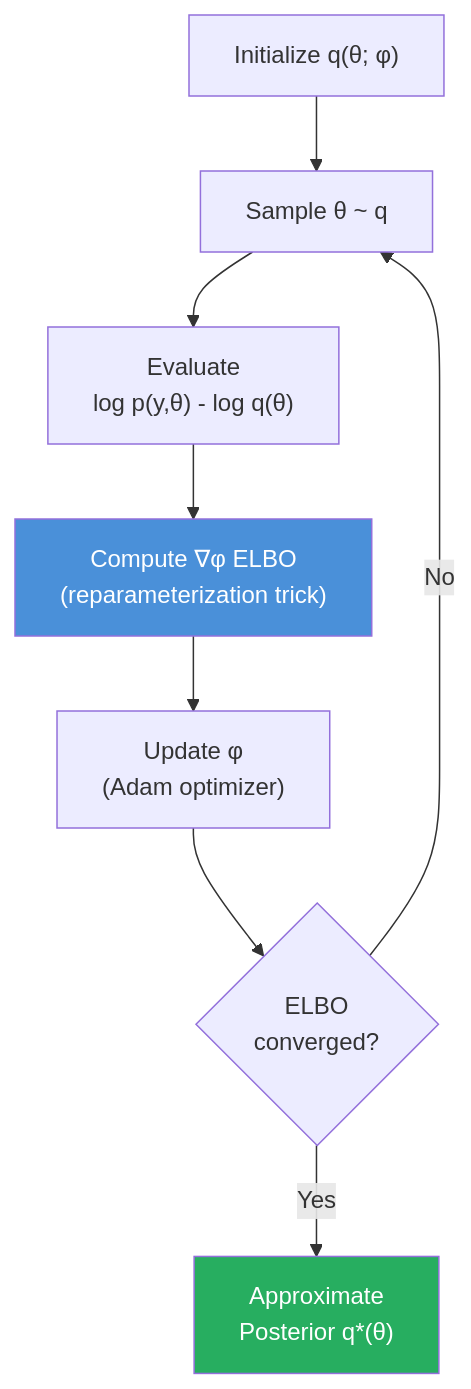
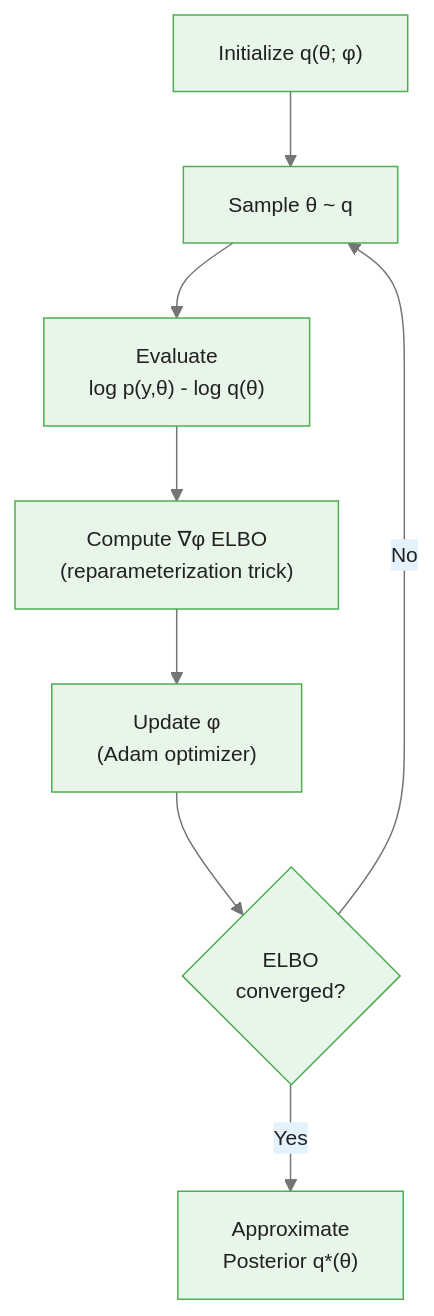
Before and after one commit to m-deane/course-creator: the second of 4 diagrams in courses/bayesian-commodity-forecasting/modules/module_06_inference/guides/03_variational_inference_slides.md, drawn with Mermaid. The commit also changed other lines of this file and 104 other files, not shown here.

````diff
--- a/courses/bayesian-commodity-forecasting/modules/module_06_inference/guides/03_variational_inference_slides.md
+++ b/courses/bayesian-commodity-forecasting/modules/module_06_inference/guides/03_variational_inference_slides.md
@@ -90,12 +105,11 @@
 ```mermaid
+%%{init: {"theme": "base", "themeVariables": {"primaryColor": "#e8f5e9", "primaryBorderColor": "#4caf50", "primaryTextColor": "#212121", "secondaryColor": "#e3f2fd", "tertiaryColor": "#fff8e1", "lineColor": "#757575", "fontFamily": "Inter, sans-serif", "fontSize": "14px"}}}%%
 flowchart TD
     INIT["Initialize q(θ; φ)"] --> SAMPLE["Sample θ ~ q"]
     SAMPLE --> EVAL["Evaluate\nlog p(y,θ) - log q(θ)"]
     EVAL --> GRAD["Compute ∇φ ELBO\n(reparameterization trick)"]
     GRAD --> UPDATE["Update φ\n(Adam optimizer)"]
     UPDATE --> CHECK{"ELBO\nconverged?"}
     CHECK -->|"No"| SAMPLE
     CHECK -->|"Yes"| RESULT["Approximate\nPosterior q*(θ)"]
-    style RESULT fill:#27ae60,color:#fff
-    style GRAD fill:#4a90d9,color:#fff
 ```
````
